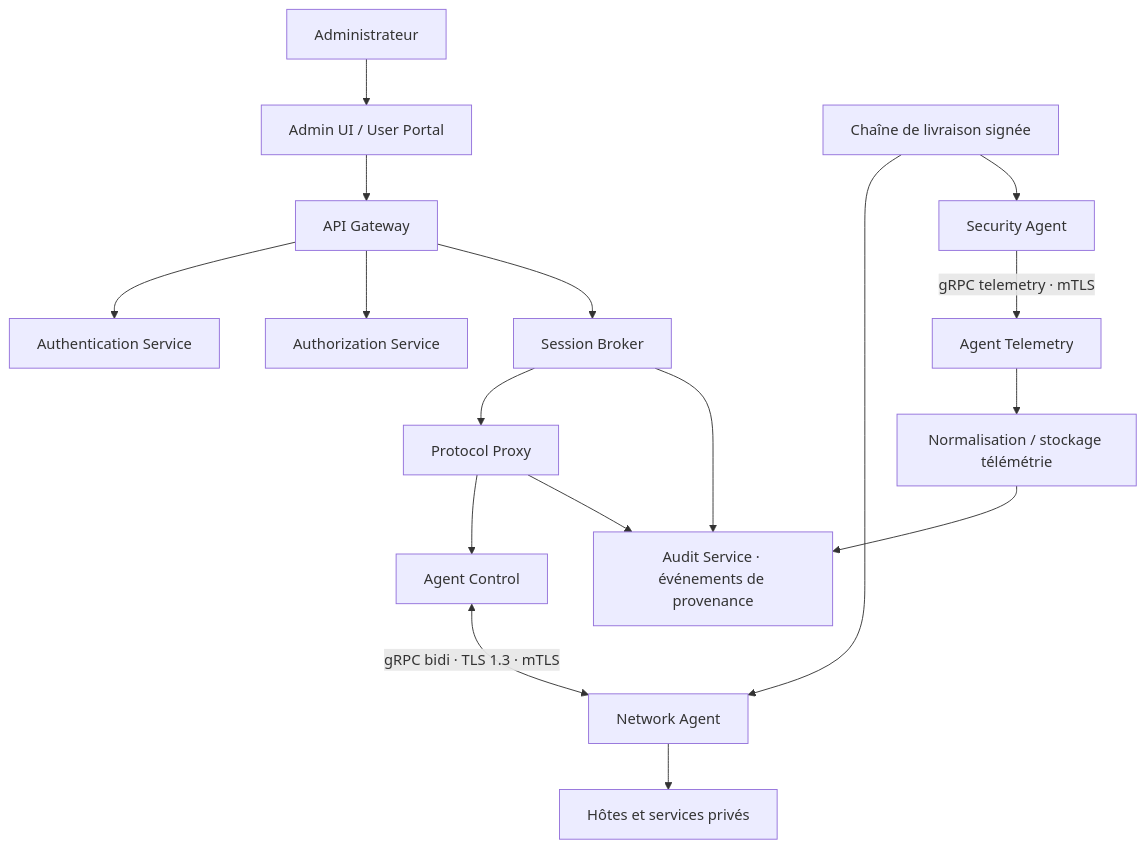
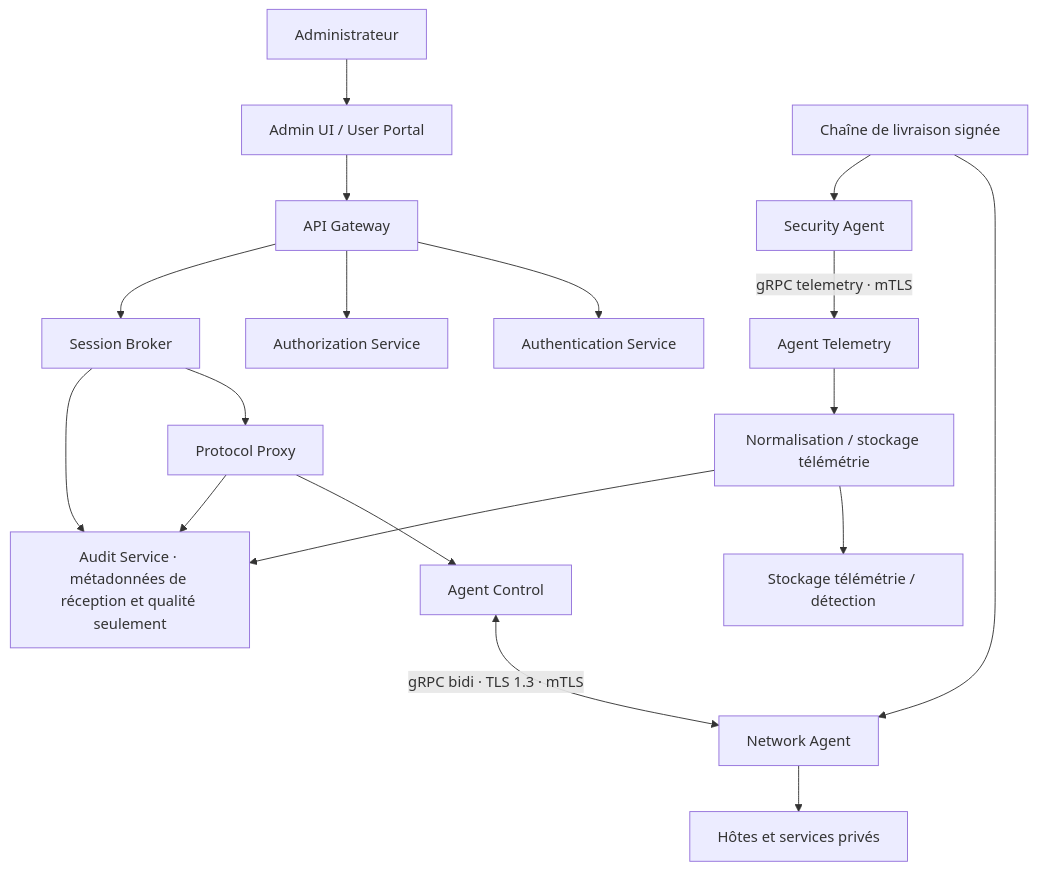
One commit to openbastion/openbastion changed the first of 2 diagrams in docs/architecture/agent-framework.md. Above: the diagram before and after it, drawn with Mermaid. The commit also changed other lines of this file, not shown here.

Commit message:
docs(security): refine agent trust boundaries in agent-framework.md

```diff
--- a/docs/architecture/agent-framework.md
+++ b/docs/architecture/agent-framework.md
@@ -19,19 +19,20 @@
 ~~~mermaid
 flowchart TB
   OP[Administrateur] --> PORTAL[Admin UI / User Portal]
   PORTAL --> GW[API Gateway]
   GW --> AUTH[Authentication Service]
   GW --> AZ[Authorization Service]
   GW --> BROKER[Session Broker]
   BROKER --> PROXY[Protocol Proxy]
   PROXY --> ACTRL[Agent Control]
   ACTRL <-->|gRPC bidi · TLS 1.3 · mTLS| NA[Network Agent]
   NA --> TARGET[Hôtes et services privés]
   SA[Security Agent] -->|gRPC telemetry · mTLS| ATEL[Agent Telemetry]
   ATEL --> INGEST[Normalisation / stockage télémétrie]
-  INGEST --> AUDIT[Audit Service · événements de provenance]
+  INGEST --> TS[Stockage télémétrie / détection]
+  INGEST --> AUDIT[Audit Service · métadonnées de réception et qualité seulement]
   BROKER --> AUDIT
   PROXY --> AUDIT
   RELEASE[Chaîne de livraison signée] --> NA
   RELEASE --> SA
 ~~~
```
